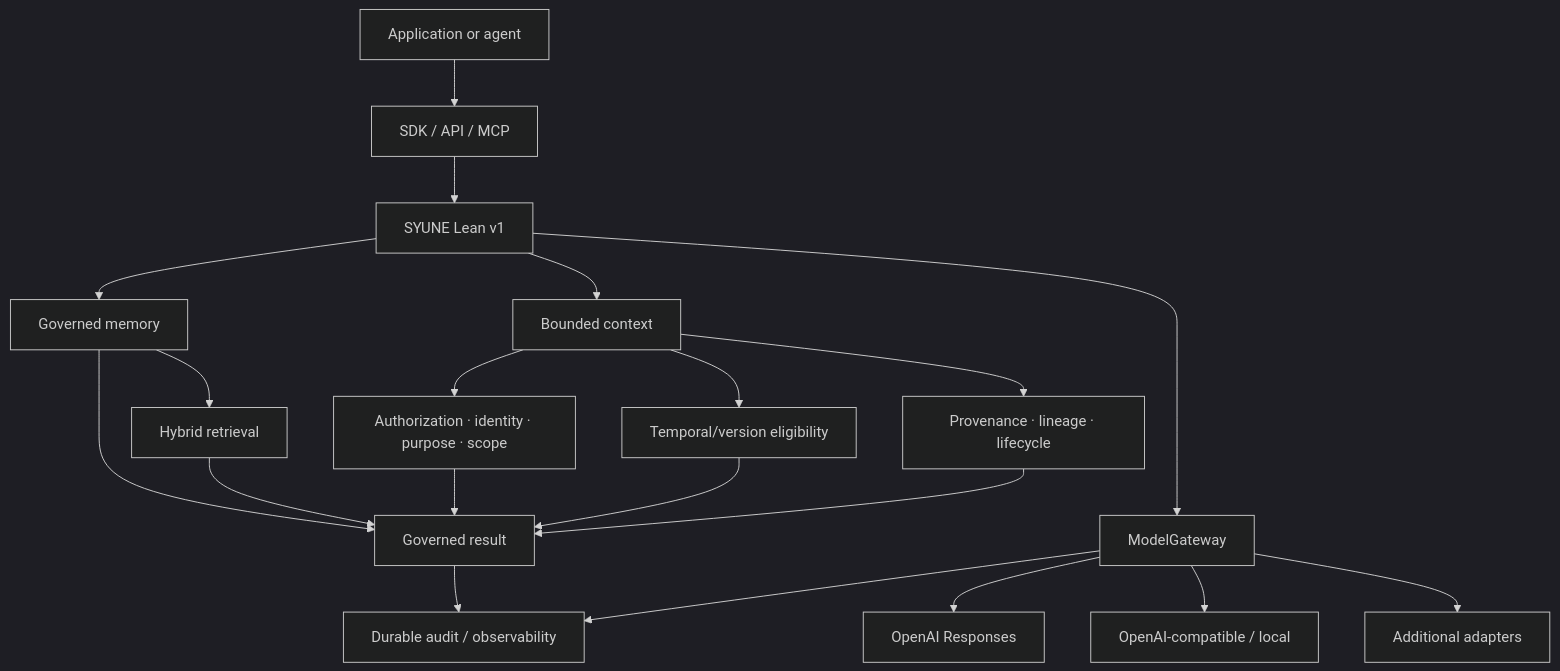
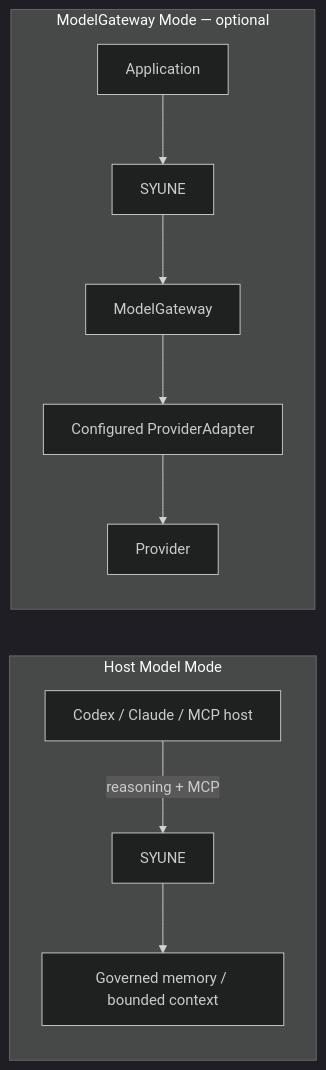
The diagram in README.md (Npalyan002/Syune-AI), drawn with Mermaid (dark theme) before and after one commit. The commit also changed other lines of this file and 22 other files, not shown here.

````diff
--- a/README.md
+++ b/README.md
@@ -47,22 +47,13 @@
 ```mermaid
-flowchart TD
-  App[Application or agent] --> API[SDK / API / MCP]
-  API --> Lean[SYUNE Lean v1]
-  Lean --> Memory[Governed memory]
-  Lean --> Context[Bounded context]
-  Lean --> Gateway[ModelGateway]
-  Memory --> Retrieval[Hybrid retrieval]
-  Context --> Governance[Authorization · identity · purpose · scope]
-  Context --> Temporal[Temporal/version eligibility]
-  Context --> Provenance[Provenance · lineage · lifecycle]
-  Memory --> Result[Governed result]
-  Retrieval --> Result
-  Governance --> Result
-  Temporal --> Result
-  Provenance --> Result
-  Gateway --> OpenAI[OpenAI Responses]
-  Gateway --> Compatible[OpenAI-compatible / local]
-  Gateway --> Future[Additional adapters]
-  Result --> Audit[Durable audit / observability]
-  Gateway --> Audit
+flowchart LR
+  subgraph Host[Host Model Mode]
+    Agent[Codex / Claude / MCP host] -->|reasoning + MCP| Lean[SYUNE]
+    Lean --> Memory[Governed memory / bounded context]
+  end
+  subgraph GatewayMode[ModelGateway Mode — optional]
+    App[Application] --> Runtime[SYUNE]
+    Runtime --> Gateway[ModelGateway]
+    Gateway --> Adapter[Configured ProviderAdapter]
+    Adapter --> Provider[Provider]
+  end
 ```
````
